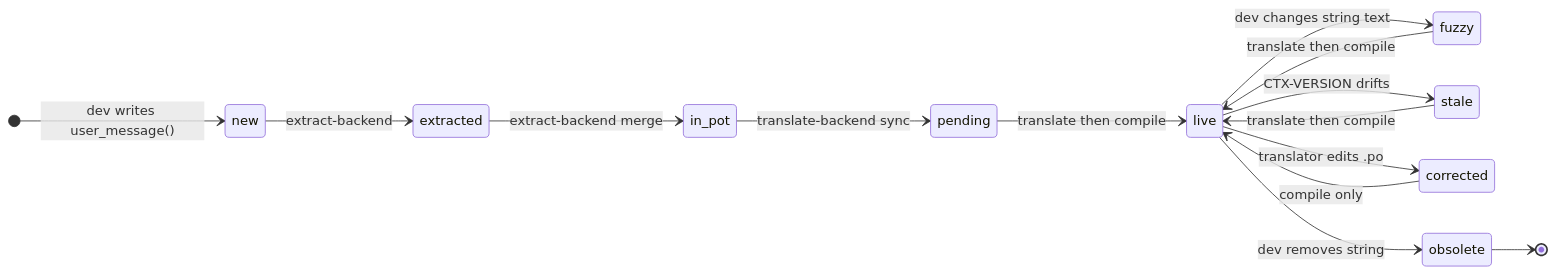
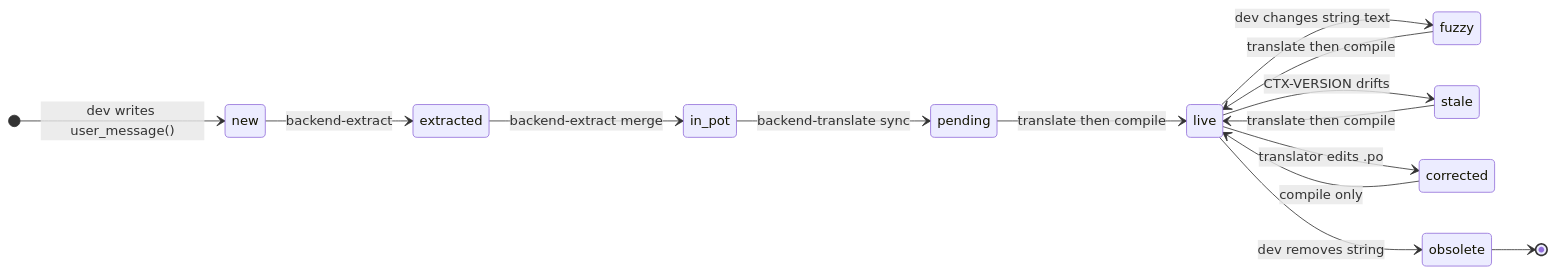
One commit to ITISFoundation/osparc-simcore changed the first of 3 diagrams in scripts/i18n/DESIGN.md. Above: the diagram before and after it, drawn with Mermaid. The commit also changed other lines of this file and 3 other files, not shown here.

````diff
--- a/scripts/i18n/DESIGN.md
+++ b/scripts/i18n/DESIGN.md
@@ -115,21 +115,21 @@
 ```mermaid
 stateDiagram-v2
     direction LR
     [*] --> new : dev writes user_message()
-    new --> extracted : extract-backend
-    extracted --> in_pot : extract-backend merge
-    in_pot --> pending : translate-backend sync
+    new --> extracted : backend-extract
+    extracted --> in_pot : backend-extract merge
+    in_pot --> pending : backend-translate sync
     pending --> live : translate then compile
 
     live --> fuzzy : dev changes string text
     fuzzy --> live : translate then compile
 
     live --> stale : CTX-VERSION drifts
     stale --> live : translate then compile
 
     live --> corrected : translator edits .po
     corrected --> live : compile only
 
     live --> obsolete : dev removes string
     obsolete --> [*]
 ```
````
